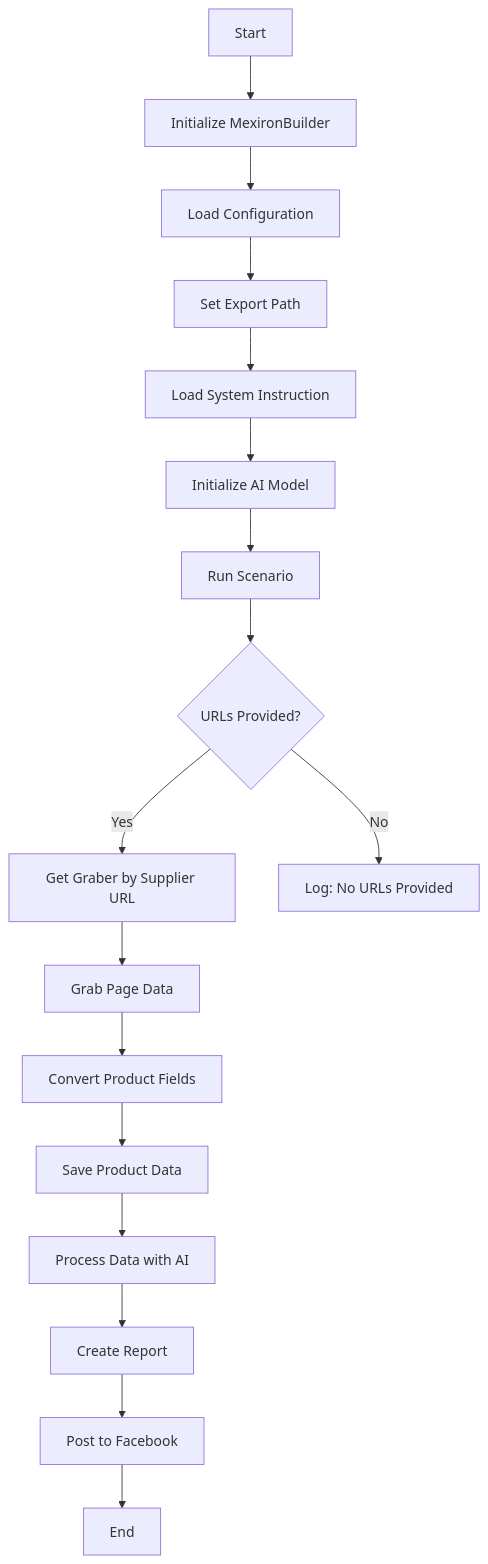
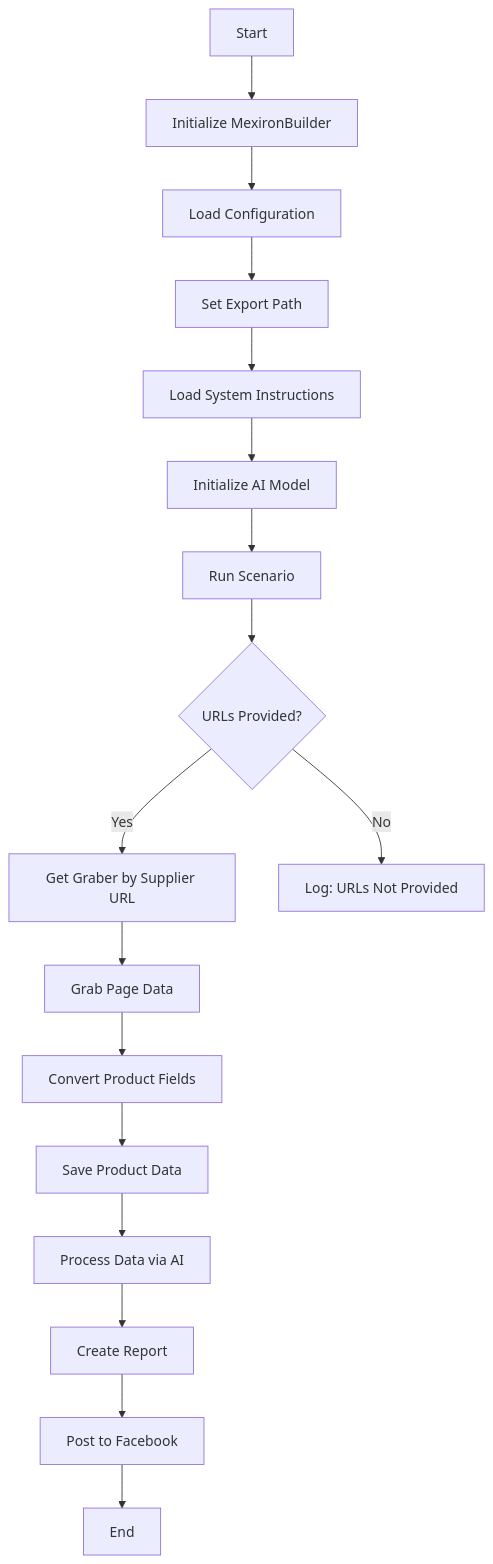
One commit to hypo69/hypo changed the first of 2 diagrams in src/endpoints/kazarinov/scenarios/scenario_pricelist.md. Above: the diagram before and after it, drawn with Mermaid. The commit also changed other lines of this file and 6 other files, not shown here.

````diff
--- a/src/endpoints/kazarinov/scenarios/scenario_pricelist.md
+++ b/src/endpoints/kazarinov/scenarios/scenario_pricelist.md
@@ -18,19 +17,19 @@
 ```mermaid
 graph TD
     Start[Start] --> InitMexironBuilder[Initialize MexironBuilder]
     InitMexironBuilder --> LoadConfig[Load Configuration]
     LoadConfig --> SetExportPath[Set Export Path]
-    SetExportPath --> LoadSystemInstruction[Load System Instruction]
+    SetExportPath --> LoadSystemInstruction[Load System Instructions]
     LoadSystemInstruction --> InitModel[Initialize AI Model]
     InitModel --> RunScenario[Run Scenario]
     RunScenario --> CheckURLs{URLs Provided?}
     CheckURLs -->|Yes| GetGraber[Get Graber by Supplier URL]
-    CheckURLs -->|No| LogNoURLs[Log: No URLs Provided]
+    CheckURLs -->|No| LogNoURLs[Log: URLs Not Provided]
     GetGraber --> GrabPage[Grab Page Data]
     GrabPage --> ConvertFields[Convert Product Fields]
     ConvertFields --> SaveData[Save Product Data]
-    SaveData --> ProcessAI[Process Data with AI]
+    SaveData --> ProcessAI[Process Data via AI]
     ProcessAI --> CreateReport[Create Report]
     CreateReport --> PostFacebook[Post to Facebook]
     PostFacebook --> End[End]
 ```
````
